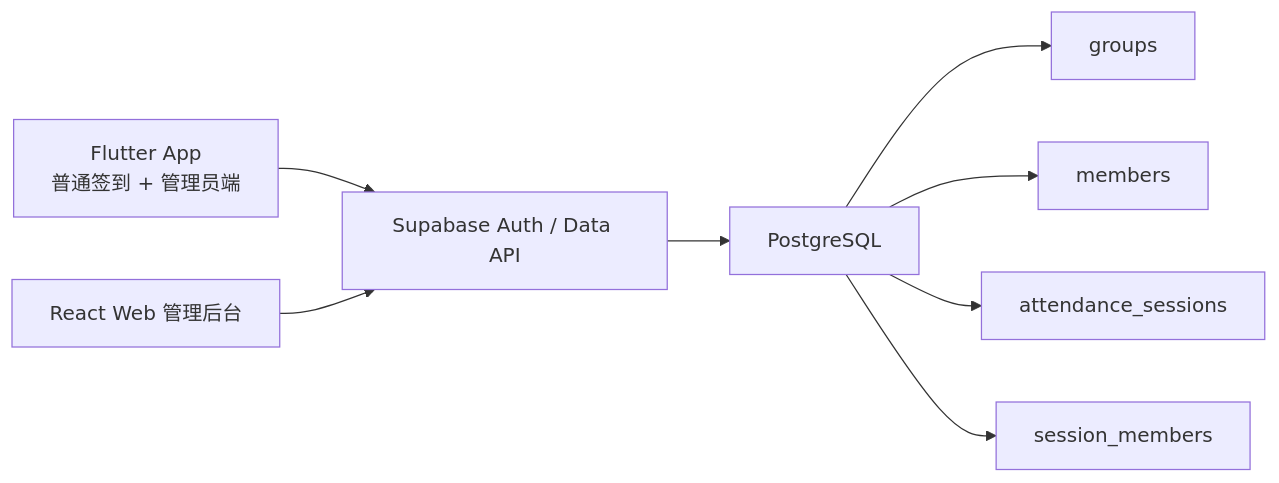
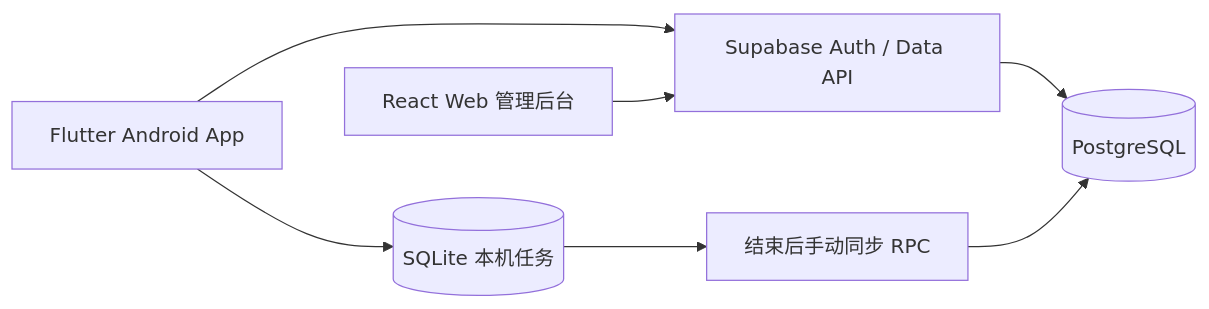
The diagram in README.md (GX221015CF/sports-attendance-system), drawn with Mermaid before and after one commit. The commit also changed other lines of this file and 12 other files, not shown here.

````diff
--- a/README.md
+++ b/README.md
@@ -72,10 +101,9 @@
 ```mermaid
 flowchart LR
-    A["Flutter App\n普通签到 + 管理员端"] --> C["Supabase Auth / Data API"]
-    B["React Web 管理后台"] --> C
-    C --> D["PostgreSQL"]
-    D --> E["groups"]
-    D --> F["members"]
-    D --> G["attendance_sessions"]
-    D --> H["session_members"]
+    A[Flutter Android App] --> C[Supabase Auth / Data API]
+    B[React Web 管理后台] --> C
+    C --> D[(PostgreSQL)]
+    A --> E[(SQLite 本机任务)]
+    E --> F[结束后手动同步 RPC]
+    F --> D
 ```
````
